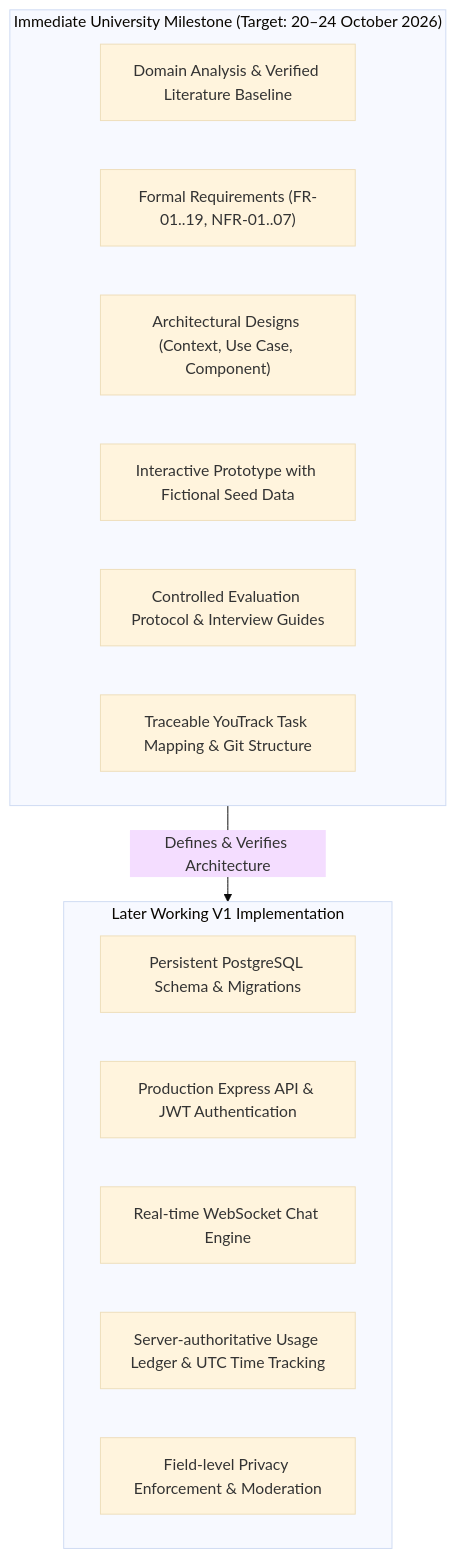
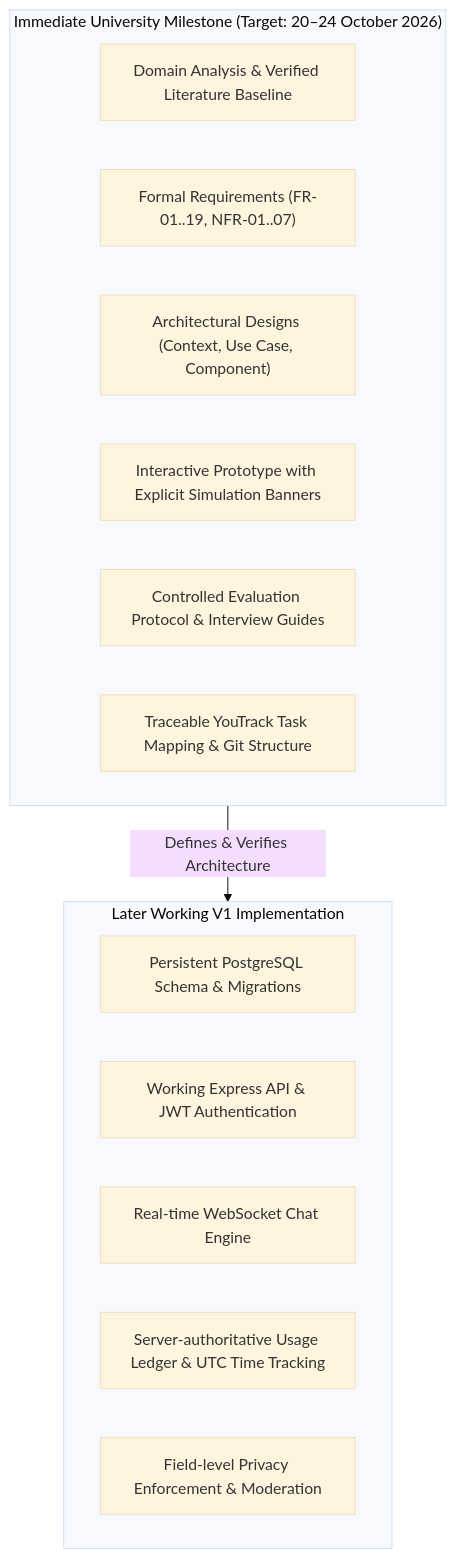
The diagram in docs/project-scope.md (belozov/peer-learning-platform), drawn with Mermaid (base theme) before and after one commit. The commit also changed other lines of this file and 15 other files, not shown here.

Commit message:
PLP-review: Address Astra review findings B1-B10, specification fixtures, and architectural reconciliation

````diff
--- a/docs/project-scope.md
+++ b/docs/project-scope.md
@@ -12,21 +12,21 @@
 ```mermaid
 flowchart TD
     subgraph Milestone["Immediate University Milestone (Target: 20–24 October 2026)"]
         M1["Domain Analysis & Verified Literature Baseline"]
         M2["Formal Requirements (FR-01..19, NFR-01..07)"]
         M3["Architectural Designs (Context, Use Case, Component)"]
-        M4["Interactive Prototype with Fictional Seed Data"]
+        M4["Interactive Prototype with Explicit Simulation Banners"]
         M5["Controlled Evaluation Protocol & Interview Guides"]
         M6["Traceable YouTrack Task Mapping & Git Structure"]
     end
 
     subgraph WorkingV1["Later Working V1 Implementation"]
         V1["Persistent PostgreSQL Schema & Migrations"]
-        V2["Production Express API & JWT Authentication"]
+        V2["Working Express API & JWT Authentication"]
         V3["Real-time WebSocket Chat Engine"]
         V4["Server-authoritative Usage Ledger & UTC Time Tracking"]
         V5["Field-level Privacy Enforcement & Moderation"]
     end
 
     Milestone -->|Defines & Verifies Architecture| WorkingV1
 ```
````
